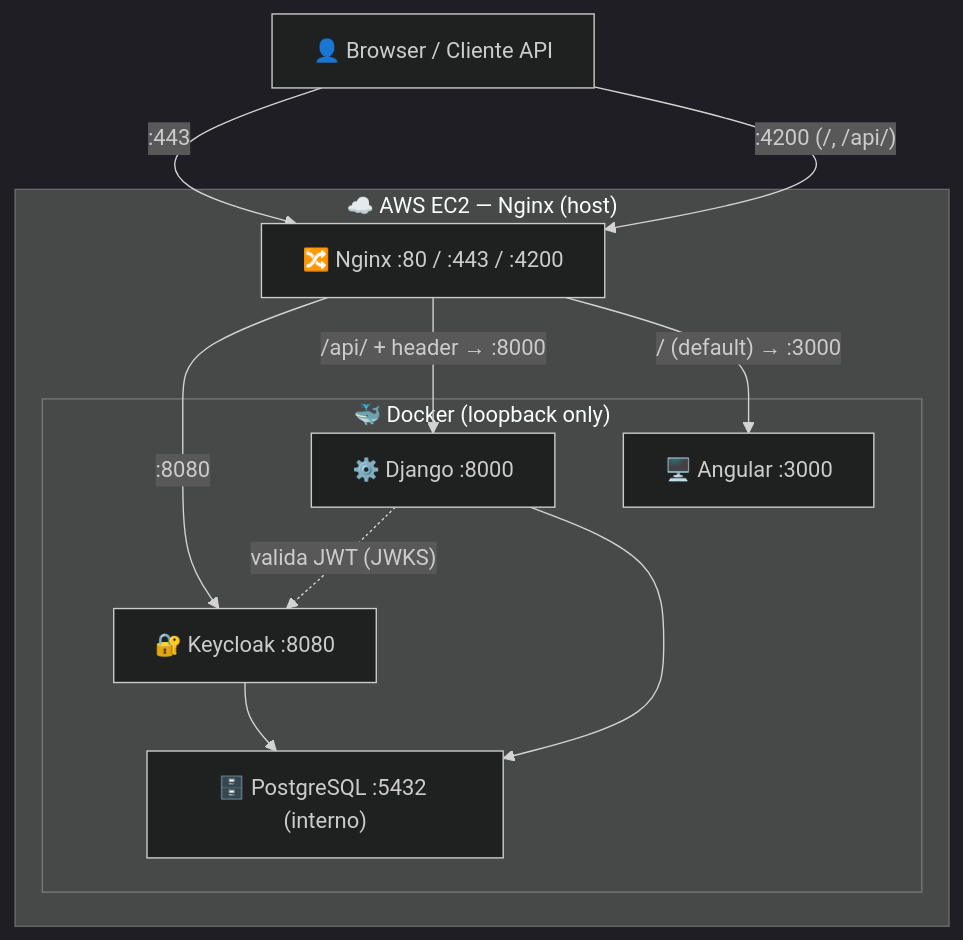
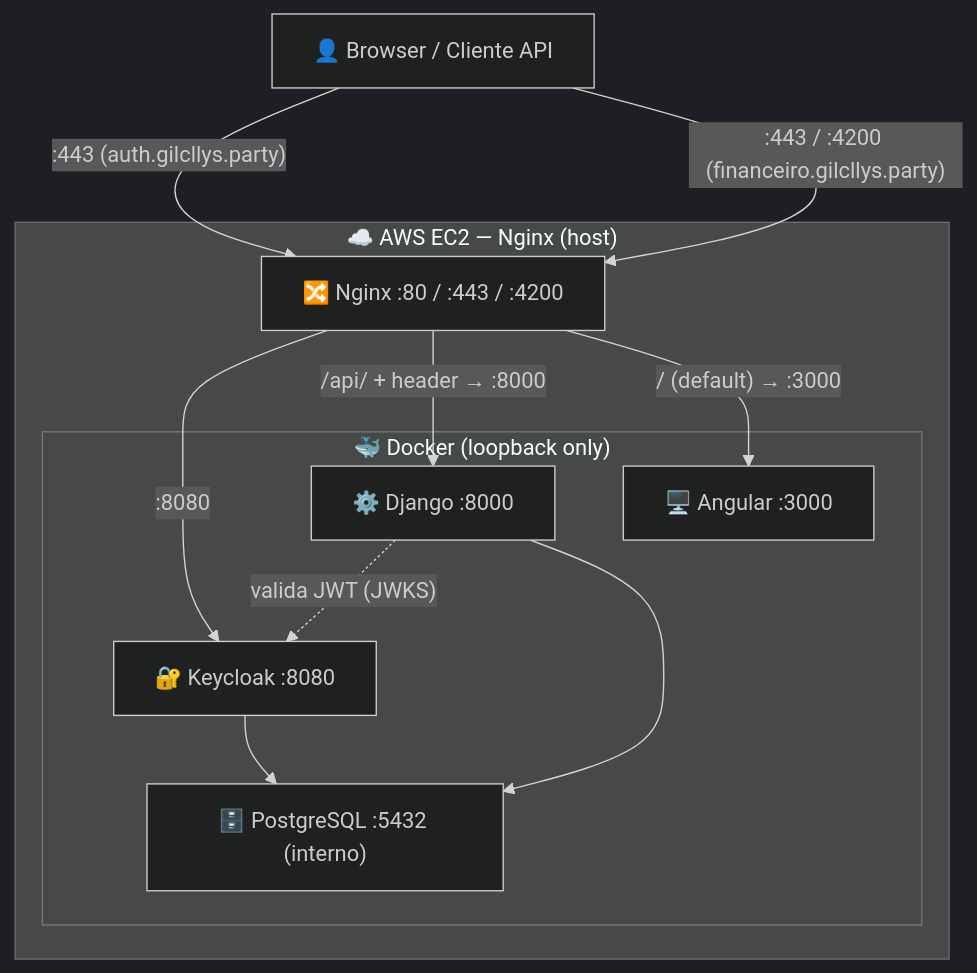
The second of 2 diagrams in README.md (gilcllys/Financial-System), drawn with Mermaid (dark theme) before and after one commit. The commit also changed other lines of this file and 10 other files, not shown here.

First line of the commit message:
feat(infra): configurar suporte para dominio canonico gilcllys.party

````diff
--- a/README.md
+++ b/README.md
@@ -148,21 +148,21 @@
 ```mermaid
 graph TB
     USER["👤 Browser / Cliente API"]
     subgraph EC2["☁️ AWS EC2 — Nginx (host)"]
         NGINX["🔀 Nginx :80 / :443 / :4200"]
         subgraph DOCKER["🐳 Docker (loopback only)"]
             FE["🖥️ Angular :3000"]
             BE["⚙️ Django :8000"]
             KC["🔐 Keycloak :8080"]
             PG["🗄️ PostgreSQL :5432 (interno)"]
         end
     end
-    USER -- ":443" --> NGINX
-    USER -- ":4200 (/, /api/)" --> NGINX
+    USER -- ":443 (auth.gilcllys.party)" --> NGINX
+    USER -- ":443 / :4200 (financeiro.gilcllys.party)" --> NGINX
     NGINX -- ":8080" --> KC
     NGINX -- "/api/ + header → :8000" --> BE
     NGINX -- "/ (default) → :3000" --> FE
     BE -. "valida JWT (JWKS)" .-> KC
     BE --> PG
     KC --> PG
 ```
````
